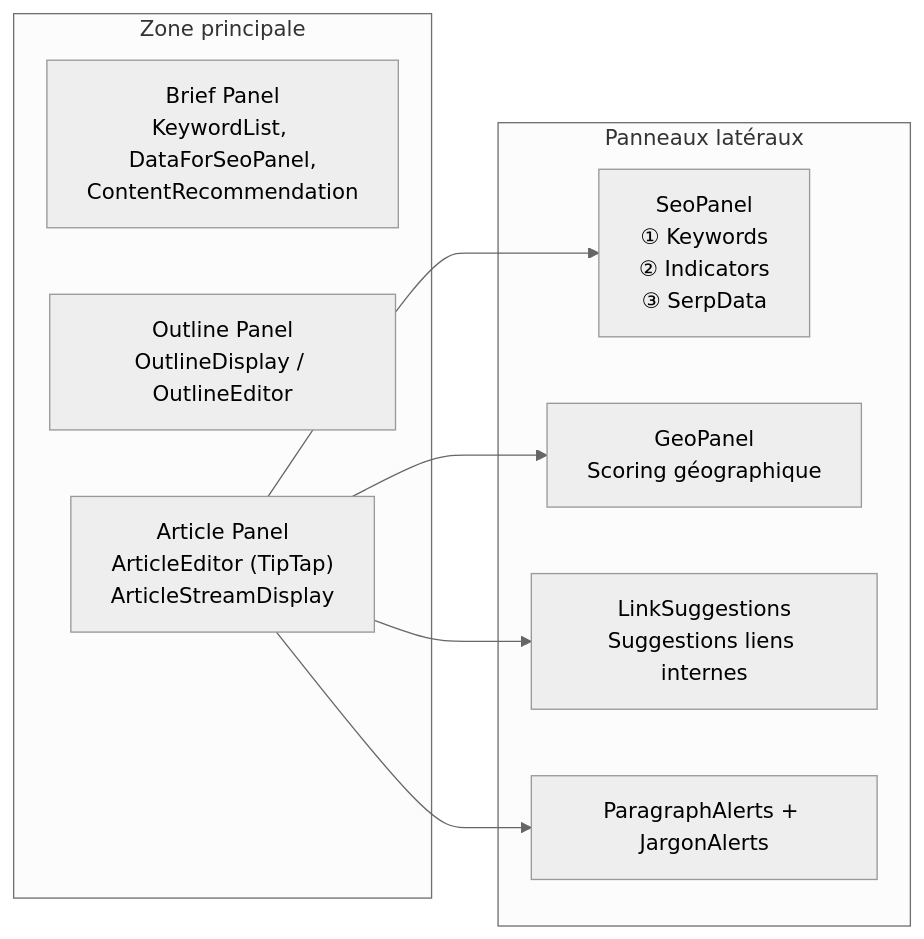
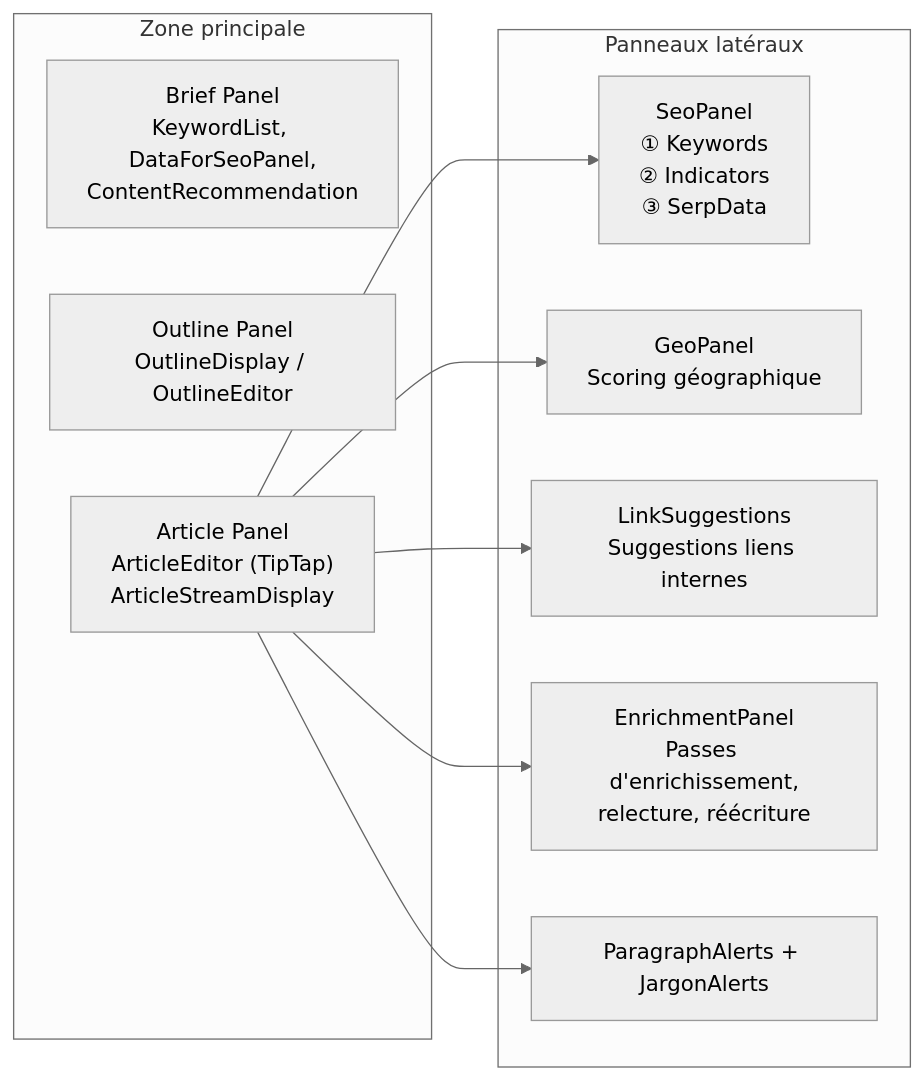
Diagram 15 of 25 in docs/ARCHITECTURE_FLOWS.md (annubis-knight/Blog_Redactor_SEO), drawn with Mermaid (neutral theme) before and after one commit. The commit also changed other lines of this file and 11 other files, not shown here.

First line of the commit message:
docs: les passes d'enrichissement entrent au PRD et au registre (clôture C5b)

````diff
--- a/docs/ARCHITECTURE_FLOWS.md
+++ b/docs/ARCHITECTURE_FLOWS.md
@@ -661,20 +682,22 @@
 ```mermaid
 graph LR
     subgraph MainContent["Zone principale"]
         BRIEF_PANEL["Brief Panel<br>KeywordList, DataForSeoPanel,<br>ContentRecommendation"]
         OUTLINE_PANEL["Outline Panel<br>OutlineDisplay / OutlineEditor"]
         ARTICLE_PANEL["Article Panel<br>ArticleEditor (TipTap)<br>ArticleStreamDisplay"]
     end
 
     subgraph SidePanels["Panneaux latéraux"]
         SEO_PANEL["SeoPanel<br>① Keywords<br>② Indicators<br>③ SerpData"]
         GEO_PANEL["GeoPanel<br>Scoring géographique"]
         LINK_PANEL["LinkSuggestions<br>Suggestions liens internes"]
+        ENRICH_PANEL["EnrichmentPanel<br>Passes d'enrichissement,<br>relecture, réécriture"]
         ALERTS["ParagraphAlerts + JargonAlerts"]
     end
 
     ARTICLE_PANEL --> SEO_PANEL
     ARTICLE_PANEL --> GEO_PANEL
     ARTICLE_PANEL --> LINK_PANEL
+    ARTICLE_PANEL --> ENRICH_PANEL
     ARTICLE_PANEL --> ALERTS
 ```
````
